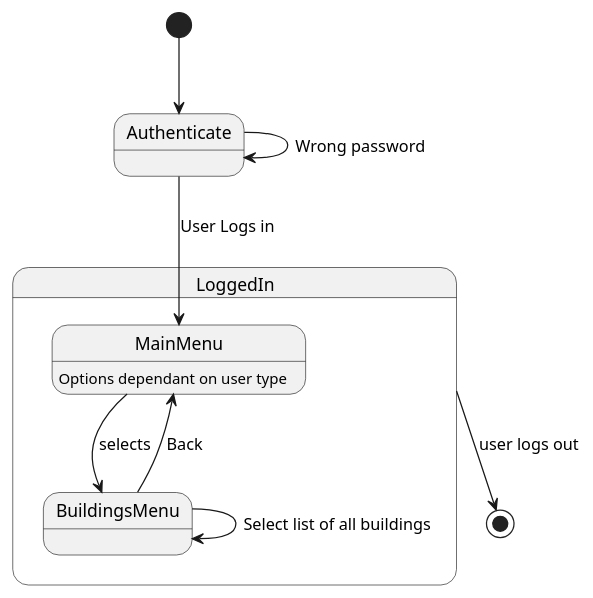
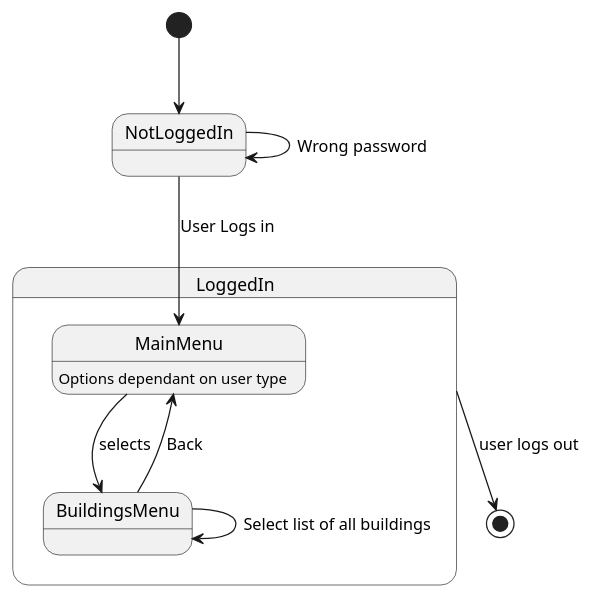
The second of 2 diagrams in design/statediagr/statediagr.puml (unnar19/pepsi-max), drawn with PlantUML before and after one commit. The commit also changed other lines of this file and 1 other file, not shown here.

```diff
--- a/design/statediagr/statediagr.puml
+++ b/design/statediagr/statediagr.puml
@@ -32,28 +41,28 @@
 @startuml GetListOfAllBuildings
 
-[*] --> Authenticate
+[*] --> NotLoggedIn
 
 state LoggedIn{
 
     MainMenu : Options dependant on user type
 
     MainMenu --> BuildingsMenu : selects
 
     BuildingsMenu --> MainMenu : Back
 
     BuildingsMenu --> BuildingsMenu : Select list of all buildings
 
 
 }
 
-Authenticate --> Authenticate : Wrong password
+NotLoggedIn --> NotLoggedIn : Wrong password
 
 
-Authenticate --> MainMenu : User Logs in
+NotLoggedIn --> MainMenu : User Logs in
 
 LoggedIn --> [*] : user logs out
 
 
 
 
 @enduml
```
